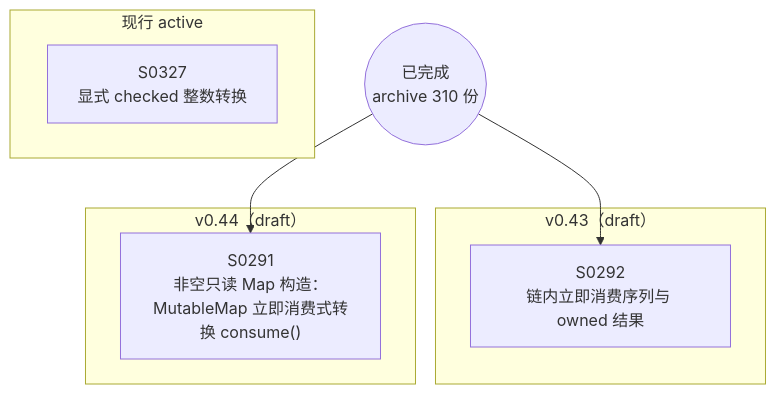
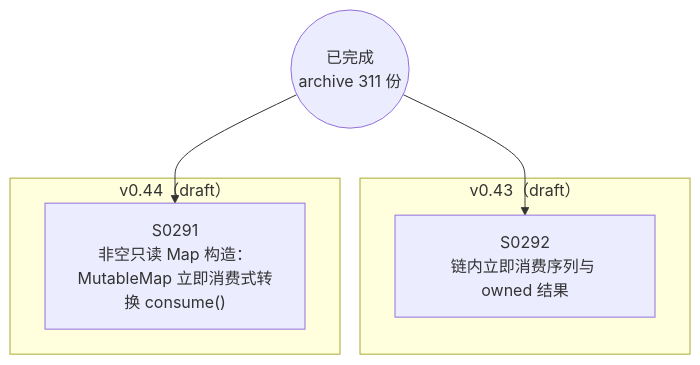
The diagram in docs/specs/dependency-graph.md (Halckon/Koven), drawn with Mermaid before and after one commit. The commit also changed other lines of this file and 10 other files, not shown here.

Commit message:
docs(spec0327): archive checked conversions after dual-host implementation CI

````diff
--- a/docs/specs/dependency-graph.md
+++ b/docs/specs/dependency-graph.md
@@ -9,15 +9,12 @@
 ```mermaid
 flowchart TD
-ARCH(("已完成<br/>archive 310 份"))
-subgraph Gactive["现行 active"]
-  S0327["S0327<br/>显式 checked 整数转换"]
-end
+ARCH(("已完成<br/>archive 311 份"))
 subgraph Gdrafts_v043["v0.43（draft）"]
   S0292["S0292<br/>链内立即消费序列与 owned 结果"]
 end
 subgraph Gdrafts_v044["v0.44（draft）"]
   S0291["S0291<br/>非空只读 Map 构造：MutableMap 立即消费式转换 consume()"]
 end
 ARCH --> S0291
 ARCH --> S0292
 ```
````
